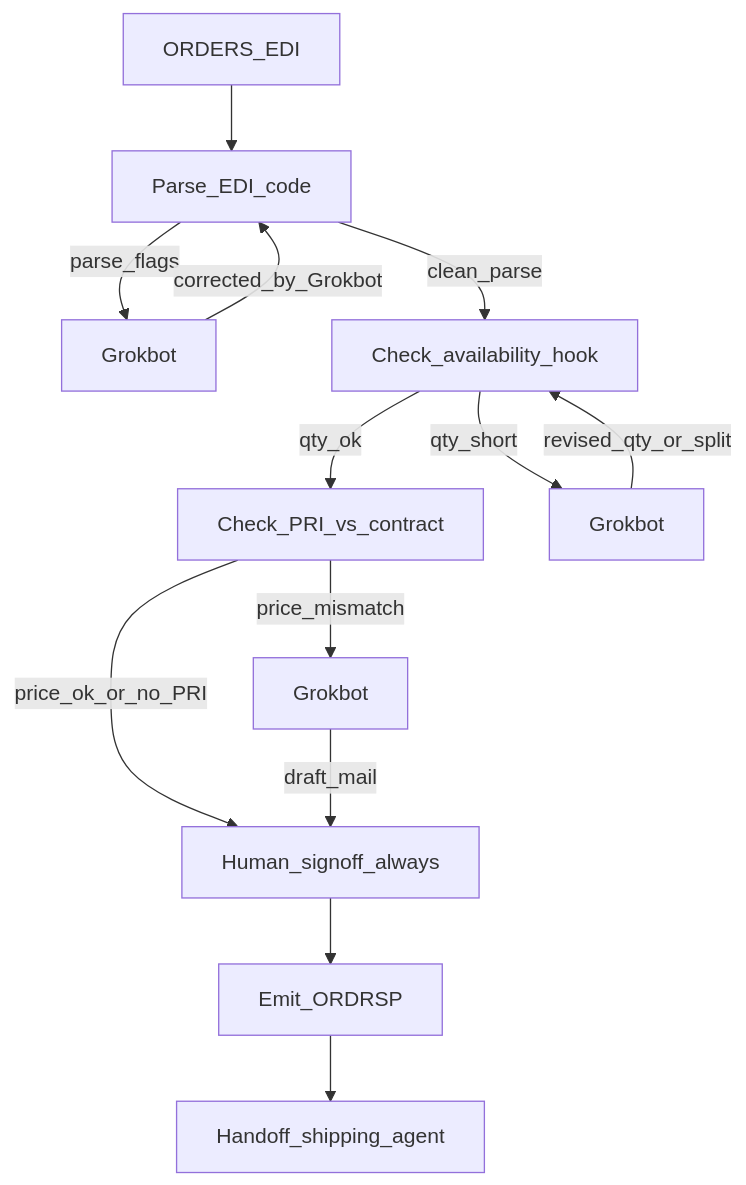
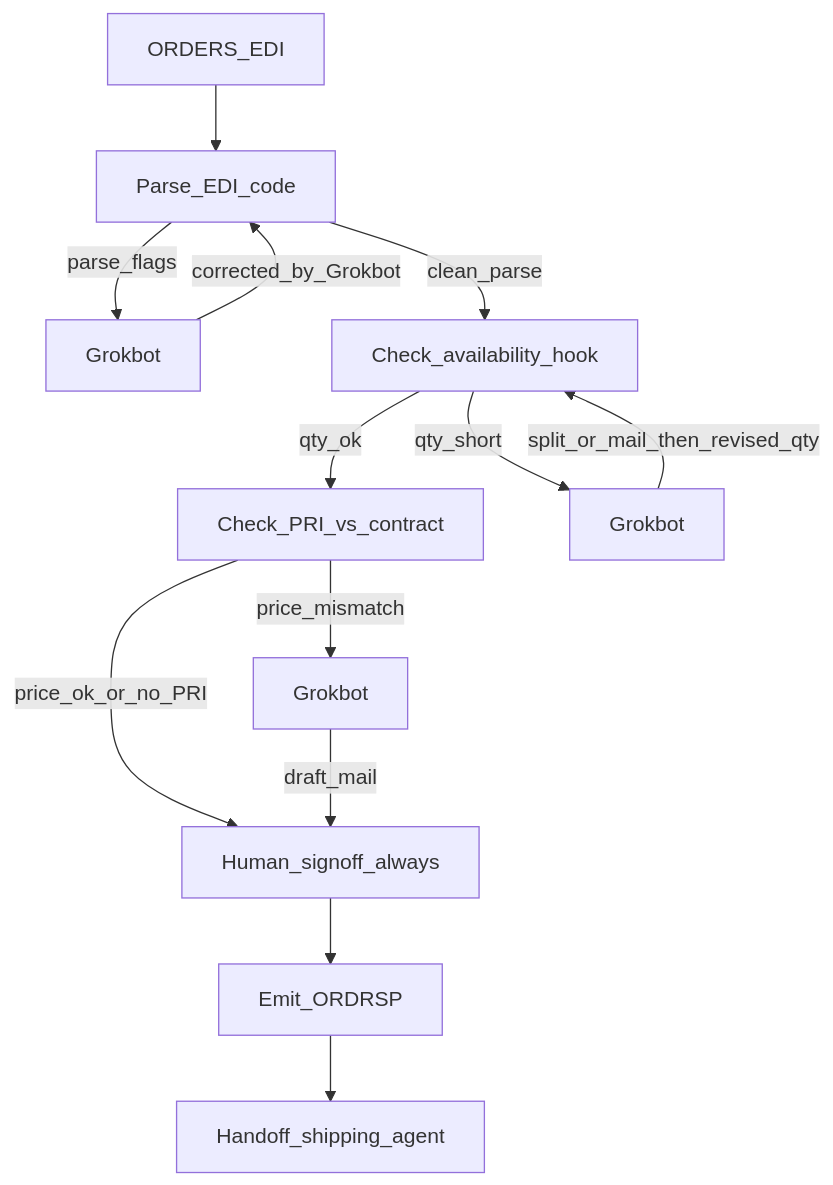
One commit to flavio-bernoni07/B.R.C-x-Grok changed the diagram in order-dec.md. Above: the diagram before and after it, drawn with Mermaid.

Commit message:
Clarify qty_short Grokbot path as split or mail

````diff
--- a/order-dec.md
+++ b/order-dec.md
@@ -35,15 +35,15 @@
 ```mermaid
 flowchart TD
   inOrders[ORDERS_EDI] --> parse[Parse_EDI_code]
   parse -->|parse_flags| grokParse[Grokbot]
   grokParse -->|corrected_by_Grokbot| parse
   parse -->|clean_parse| stock[Check_availability_hook]
   stock -->|qty_ok| price[Check_PRI_vs_contract]
   stock -->|qty_short| grokQty[Grokbot]
-  grokQty -->|revised_qty_or_split| stock
+  grokQty -->|split_or_mail_then_revised_qty| stock
   price -->|price_ok_or_no_PRI| signoff[Human_signoff_always]
   price -->|price_mismatch| grokPrice[Grokbot]
   grokPrice -->|draft_mail| signoff
   signoff --> ordrsp[Emit_ORDRSP]
   ordrsp --> ship[Handoff_shipping_agent]
 ```
````
